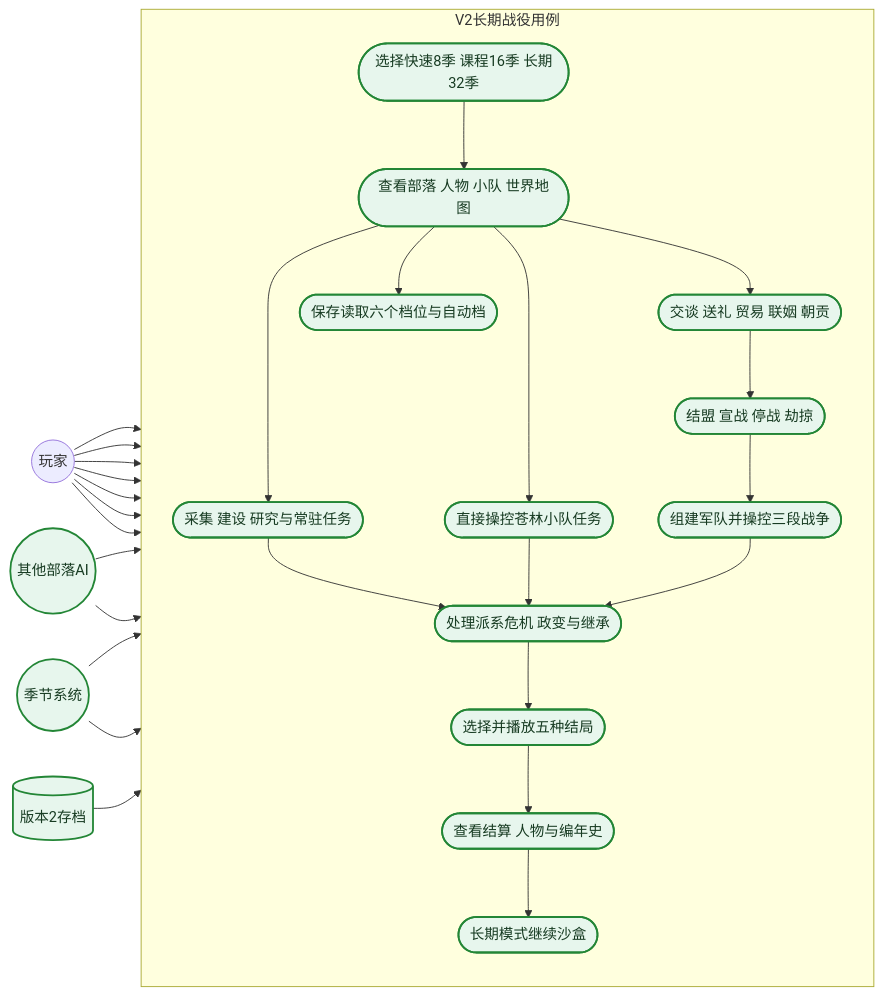
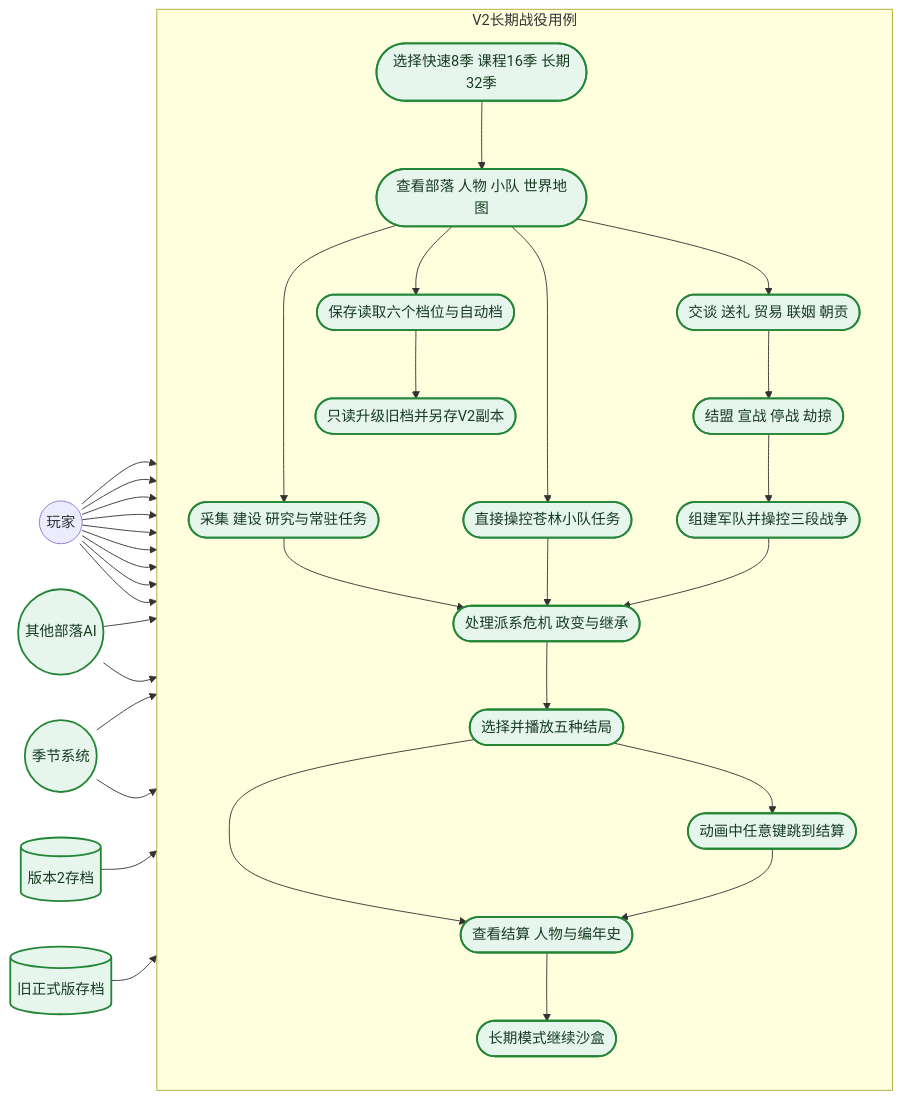
One commit to gs8-79/new-game changed the diagram in formal/docs/diagrams/expanded/02-use-case-expanded.mmd. Above: the diagram before and after it, drawn with Mermaid. The commit also changed 62 other files, not shown here.

```diff
--- a/formal/docs/diagrams/expanded/02-use-case-expanded.mmd
+++ b/formal/docs/diagrams/expanded/02-use-case-expanded.mmd
@@ -1,50 +1,58 @@
 flowchart LR
     Player((玩家))
     TribeAI((其他部落AI))
     Season((季节系统))
     Storage[(版本2存档)]
+    Legacy[(旧正式版存档)]
 
     subgraph Campaign[V2长期战役用例]
       direction TB
       UC1([选择快速8季 课程16季 长期32季])
       UC2([查看部落 人物 小队 世界地图])
       UC3([采集 建设 研究与常驻任务])
       UC4([直接操控苍林小队任务])
       UC5([交谈 送礼 贸易 联姻 朝贡])
       UC6([结盟 宣战 停战 劫掠])
       UC7([组建军队并操控三段战争])
       UC8([处理派系危机 政变与继承])
       UC9([保存读取六个档位与自动档])
       UC10([选择并播放五种结局])
       UC11([查看结算 人物与编年史])
       UC12([长期模式继续沙盒])
+      UC13([只读升级旧档并另存V2副本])
+      UC14([动画中任意键跳到结算])
 
       UC1 --> UC2
       UC2 --> UC3
       UC2 --> UC4
       UC2 --> UC5
       UC5 --> UC6
       UC6 --> UC7
       UC3 --> UC8
       UC4 --> UC8
       UC7 --> UC8
       UC8 --> UC10 --> UC11
       UC11 --> UC12
       UC2 --> UC9
+      UC9 --> UC13
+      UC10 --> UC14 --> UC11
     end
 
     Player --> UC1
     Player --> UC2
     Player --> UC4
     Player --> UC5
     Player --> UC7
     Player --> UC9
     Player --> UC10
+    Player --> UC13
+    Player --> UC14
     TribeAI --> UC5
     TribeAI --> UC6
     Season --> UC3
     Season --> UC8
     Storage --> UC9
+    Legacy --> UC13
 
     classDef done fill:#e7f6ed,stroke:#238636,color:#173b22,stroke-width:2px
-    class UC1,UC2,UC3,UC4,UC5,UC6,UC7,UC8,UC9,UC10,UC11,UC12,TribeAI,Season,Storage done
+    class UC1,UC2,UC3,UC4,UC5,UC6,UC7,UC8,UC9,UC10,UC11,UC12,UC13,UC14,TribeAI,Season,Storage,Legacy done
```
